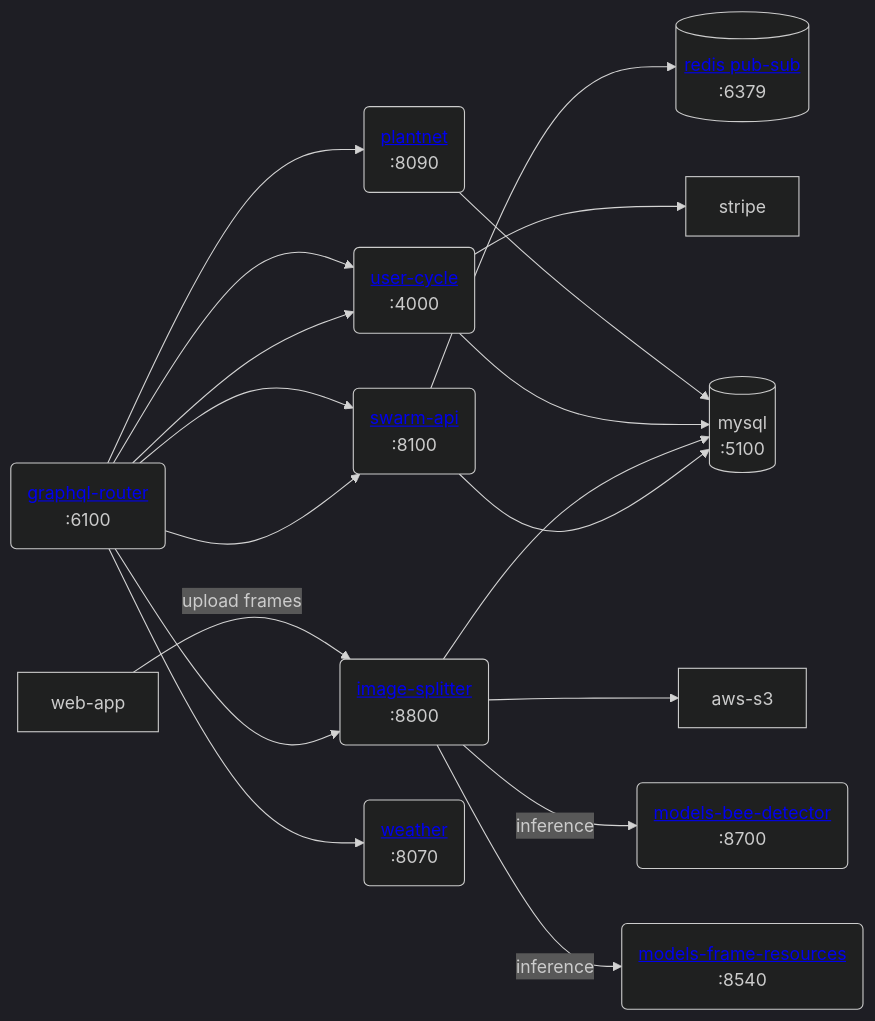
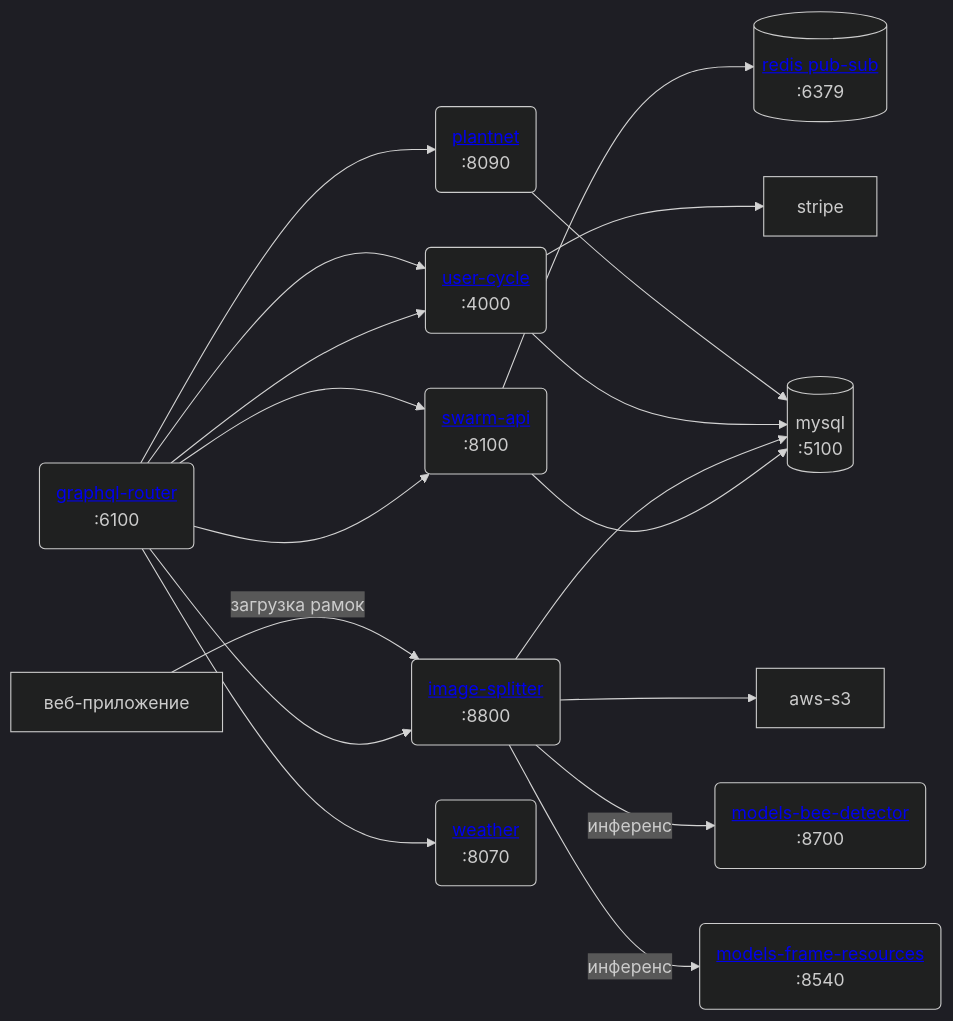
The second of 2 diagrams in content/ru/docs/web-app/web-app.md (Gratheon/website2), drawn with Mermaid (dark theme) before and after one commit. The commit also changed other lines of this file and 7 other files, not shown here.

Commit message:
Update 9 files (content/ru/about/volunteer.md, content/ru/docs/web-app/web-app.md, ...)

````diff
--- a/content/ru/docs/web-app/web-app.md
+++ b/content/ru/docs/web-app/web-app.md
@@ -46,17 +47,17 @@
 ```mermaid
 flowchart LR
 	graphql-router("<a href='https://github.com/Gratheon/graphql-router'>graphql-router</a>\n :6100") --> swarm-api("<a href='https://github.com/Gratheon/swarm-api'>swarm-api</a>\n:8100") --> mysql[(mysql\n:5100)]
 	graphql-router --> swarm-api --> redis[("<a href='https://github.com/Gratheon/redis'>redis pub-sub</a>\n:6379")]
 
+
 	graphql-router --> image-splitter("<a href='https://github.com/Gratheon/image-splitter'>image-splitter</a>\n:8800") --> mysql
 
-	web-app --"upload frames"--> image-splitter --> aws-s3
-	image-splitter --"inference"--> models-bee-detector("<a href='https://github.com/Gratheon/models-bee-detector'>models-bee-detector</a>\n:8700")
-	image-splitter --"inference"--> models-frame-resources("<a href='https://github.com/Gratheon/models-frame-resources'>models-frame-resources</a>\n:8540")
+	веб-приложение --"загрузка рамок"--> image-splitter --> aws-s3
+	image-splitter --"инференс"--> models-bee-detector("<a href='https://github.com/Gratheon/models-bee-detector'>models-bee-detector</a>\n:8700")
+	image-splitter --"инференс"--> models-frame-resources("<a href='https://github.com/Gratheon/models-frame-resources'>models-frame-resources</a>\n:8540")
 	graphql-router --> user-cycle("<a href='https://github.com/Gratheon/user-cycle'>user-cycle</a>\n:4000") --> mysql
 	graphql-router --> user-cycle --> stripe
 	graphql-router --> plantnet("<a href='https://github.com/Gratheon/plantnet'>plantnet</a>\n:8090") --> mysql
 
 	graphql-router --> weather("<a href='https://github.com/Gratheon/weather'>weather</a>\n:8070")
-
 ```
````
